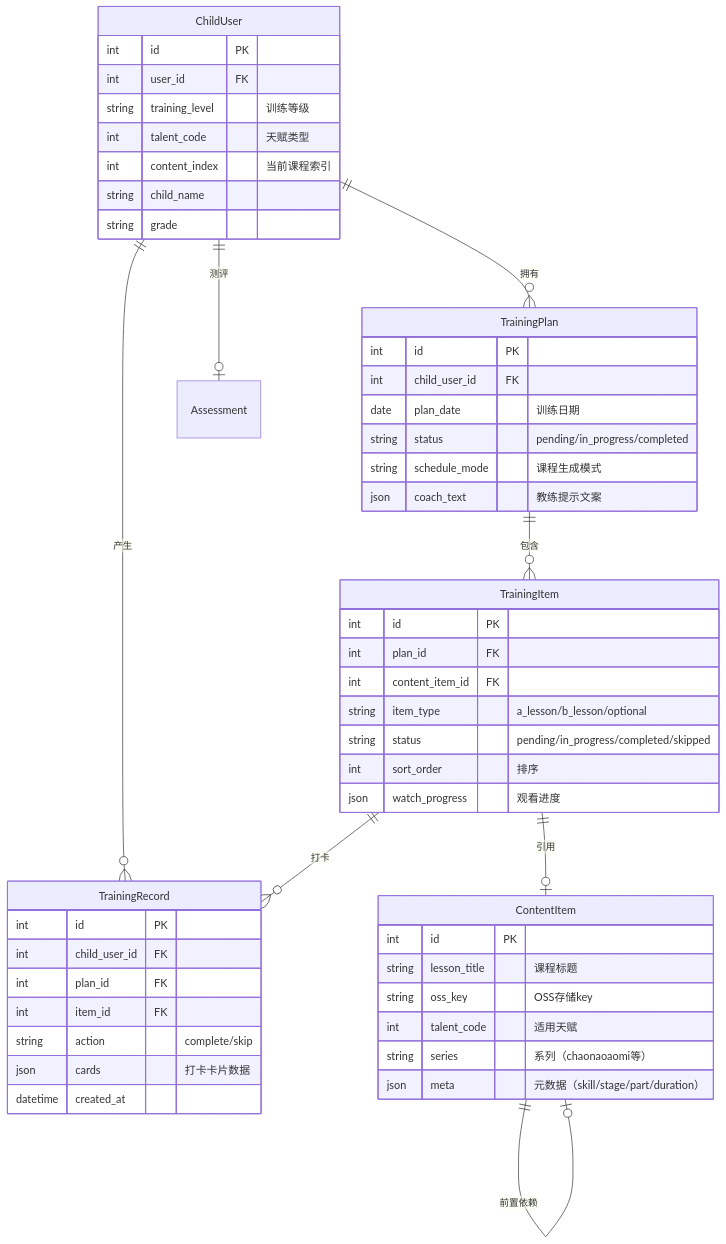
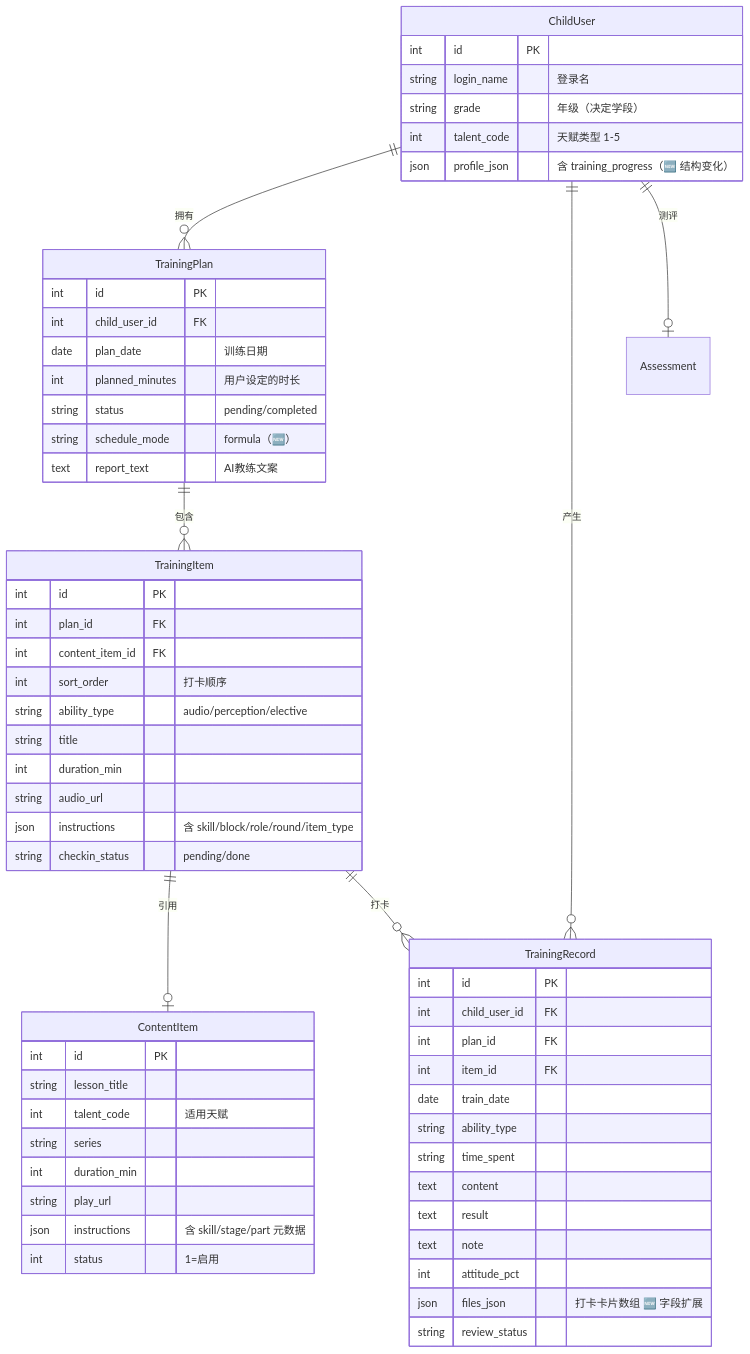
The sixth of 8 diagrams in docs/体系架构设计.md (quppwork/Jnao_tianfu_daka), drawn with Mermaid before and after one commit. The commit also changed other lines of this file and 81 other files, not shown here.

````diff
--- a/docs/体系架构设计.md
+++ b/docs/体系架构设计.md
@@ -249,58 +411,67 @@
 ```mermaid
 erDiagram
     ChildUser ||--o{ TrainingPlan : "拥有"
     ChildUser ||--o{ TrainingRecord : "产生"
     ChildUser ||--o| Assessment : "测评"
     TrainingPlan ||--o{ TrainingItem : "包含"
     TrainingItem ||--o| ContentItem : "引用"
     TrainingItem ||--o{ TrainingRecord : "打卡"
-    ContentItem ||--o| ContentItem : "前置依赖"
 
     ChildUser {
         int id PK
-        int user_id FK
-        string training_level "训练等级"
-        int talent_code "天赋类型"
-        int content_index "当前课程索引"
-        string child_name
-        string grade
+        string login_name "登录名"
+        string grade "年级（决定学段）"
+        int talent_code "天赋类型 1-5"
+        json profile_json "含 training_progress（🆕 结构变化）"
     }
 
     TrainingPlan {
         int id PK
         int child_user_id FK
         date plan_date "训练日期"
-        string status "pending/in_progress/completed"
-        string schedule_mode "课程生成模式"
-        json coach_text "教练提示文案"
+        int planned_minutes "用户设定的时长"
+        string status "pending/completed"
+        string schedule_mode "formula（🆕）"
+        text report_text "AI教练文案"
     }
 
     TrainingItem {
         int id PK
         int plan_id FK
         int content_item_id FK
-        string item_type "a_lesson/b_lesson/optional"
-        string status "pending/in_progress/completed/skipped"
-        int sort_order "排序"
-        json watch_progress "观看进度"
+        int sort_order "打卡顺序"
+        string ability_type "audio/perception/elective"
+        string title
+        int duration_min
+        string audio_url
+        json instructions "含 skill/block/role/round/item_type"
+        string checkin_status "pending/done"
     }
 
     ContentItem {
         int id PK
-        string lesson_title "课程标题"
-        string oss_key "OSS存储key"
+        string lesson_title
         int talent_code "适用天赋"
-        string series "系列（chaonaoaomi等）"
-        json meta "元数据（skill/stage/part/duration）"
+        string series
+        int duration_min
+        string play_url
+        json instructions "含 skill/stage/part 元数据"
+        int status "1=启用"
     }
 
     TrainingRecord {
         int id PK
         int child_user_id FK
         int plan_id FK
         int item_id FK
-        string action "complete/skip"
-        json cards "打卡卡片数据"
-        datetime created_at
+        date train_date
+        string ability_type
+        string time_spent
+        text content
+        text result
+        text note
+        int attitude_pct
+        json files_json "打卡卡片数组 🆕 字段扩展"
+        string review_status
     }
 ```
````
